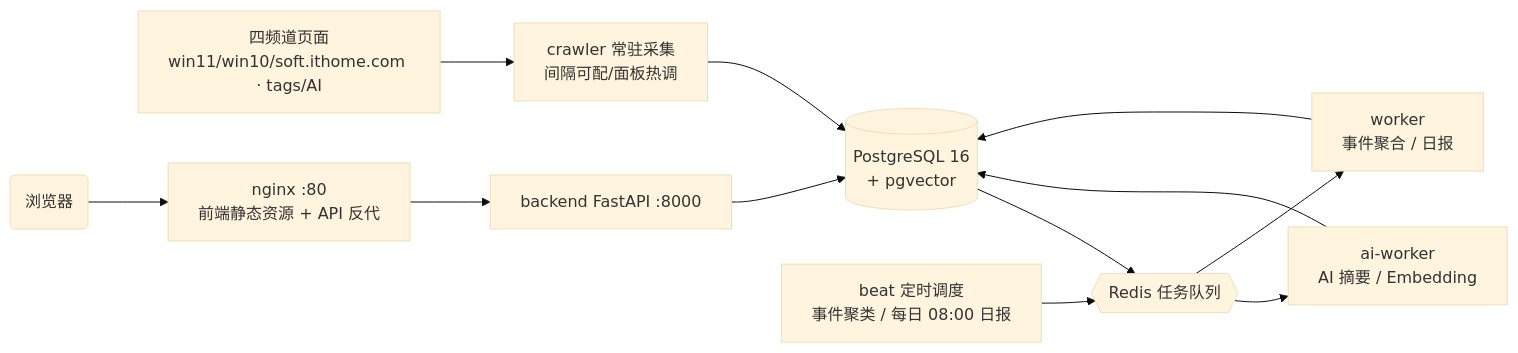
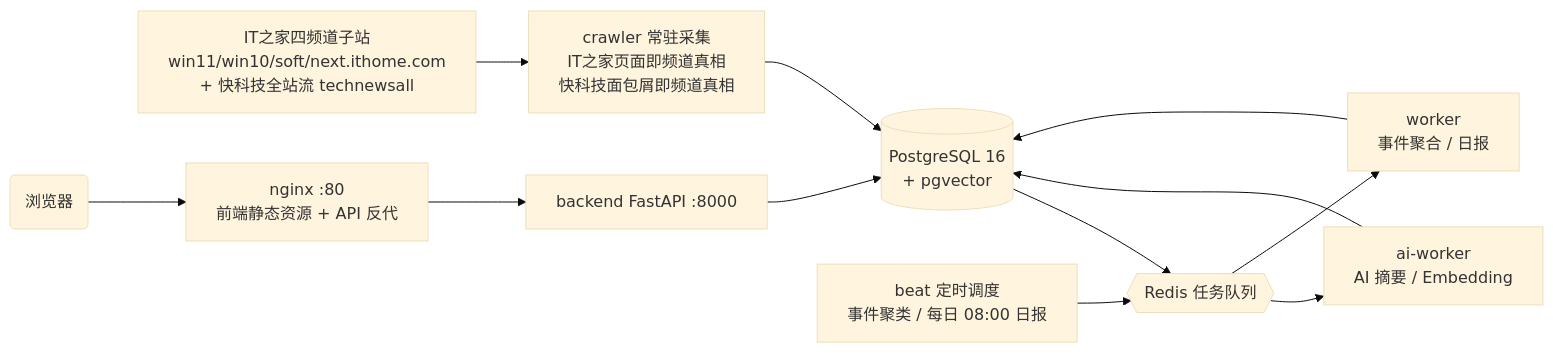
One commit to xuboboo/news changed the diagram in README.md. Above: the diagram before and after it, drawn with Mermaid (base theme). The commit also changed other lines of this file and 15 other files, not shown here.

````diff
--- a/README.md
+++ b/README.md
@@ -45,14 +45,14 @@
 ```mermaid
 flowchart LR
-    SRC[四频道页面<br/>win11/win10/soft.ithome.com · tags/AI] --> CR[crawler 常驻采集<br/>间隔可配/面板热调]
+    SRC[IT之家四频道子站<br/>win11/win10/soft/next.ithome.com<br/>+ 快科技全站流 technewsall] --> CR[crawler 常驻采集<br/>IT之家页面即频道真相<br/>快科技面包屑即频道真相]
     CR --> PG[(PostgreSQL 16<br/>+ pgvector)]
     PG --> RD{{Redis 任务队列}}
     RD --> AI[ai-worker<br/>AI 摘要 / Embedding]
     RD --> WK[worker<br/>事件聚合 / 日报]
     BT[beat 定时调度<br/>事件聚类 / 每日 08:00 日报] --> RD
     AI --> PG
     WK --> PG
     NG[nginx :80<br/>前端静态资源 + API 反代] --> BE[backend FastAPI :8000]
     BE --> PG
     U(浏览器) --> NG
 ```
````
